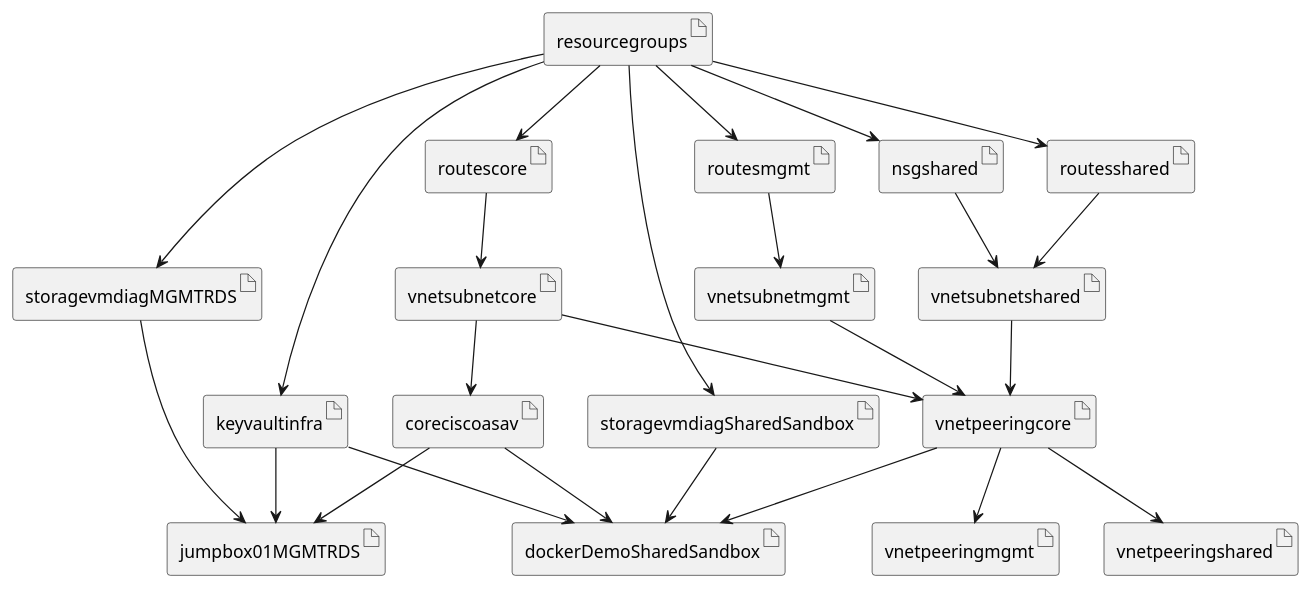
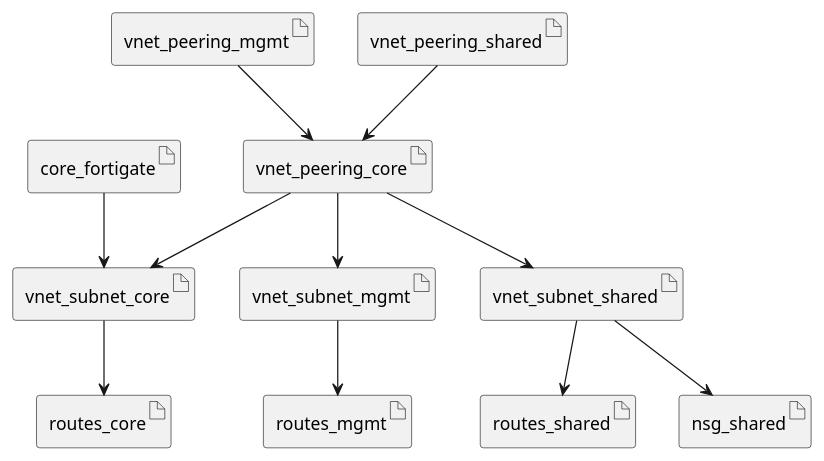
The diagram in Deployments/demov3/fortinet/demo-core-fortinet-1-firewall-nsg/diagram/dependsOn.puml (canada-ca/accelerators_accelerateurs-azure), drawn with PlantUML before and after one commit. The commit also changed 35 other files, not shown here.

Commit message:
Updating diagrams

```diff
--- a/Deployments/demov3/fortinet/demo-core-fortinet-1-firewall-nsg/diagram/dependsOn.puml
+++ b/Deployments/demov3/fortinet/demo-core-fortinet-1-firewall-nsg/diagram/dependsOn.puml
@@ -1,46 +1,26 @@
 @startuml
 
-artifact resourcegroups
-artifact keyvaultinfra
-artifact routescore
-artifact routesmgmt
-artifact routesshared
-artifact nsgshared
-artifact vnetsubnetcore
-artifact vnetsubnetmgmt
-artifact vnetsubnetshared
-artifact vnetpeeringcore
-artifact vnetpeeringmgmt
-artifact vnetpeeringshared
-artifact storagevmdiagMGMTRDS
-artifact storagevmdiagSharedSandbox
-artifact coreciscoasav
-artifact jumpbox01MGMTRDS
-artifact dockerDemoSharedSandbox
+artifact routes_core
+artifact routes_mgmt
+artifact routes_shared
+artifact nsg_shared
+artifact vnet_subnet_core
+artifact vnet_subnet_mgmt
+artifact vnet_subnet_shared
+artifact vnet_peering_core
+artifact vnet_peering_mgmt
+artifact vnet_peering_shared
+artifact core_fortigate
 
-resourcegroups --> keyvaultinfra
-resourcegroups --> routescore
-resourcegroups --> routesmgmt
-resourcegroups --> routesshared
-resourcegroups --> nsgshared
-resourcegroups --> storagevmdiagMGMTRDS
-resourcegroups --> storagevmdiagSharedSandbox
-routescore --> vnetsubnetcore
-routesmgmt --> vnetsubnetmgmt
-routesshared --> vnetsubnetshared
-nsgshared --> vnetsubnetshared
-vnetsubnetcore --> coreciscoasav
-vnetpeeringcore --> dockerDemoSharedSandbox
-vnetpeeringcore --> vnetpeeringmgmt
-vnetpeeringcore --> vnetpeeringshared
-vnetsubnetcore --> vnetpeeringcore
-vnetsubnetmgmt --> vnetpeeringcore
-vnetsubnetshared --> vnetpeeringcore
-storagevmdiagMGMTRDS --> jumpbox01MGMTRDS
-coreciscoasav --> jumpbox01MGMTRDS
-storagevmdiagSharedSandbox --> dockerDemoSharedSandbox
-coreciscoasav --> dockerDemoSharedSandbox
-keyvaultinfra --> jumpbox01MGMTRDS
-keyvaultinfra --> dockerDemoSharedSandbox
+vnet_subnet_core --> routes_core
+vnet_subnet_mgmt --> routes_mgmt
+vnet_subnet_shared --> routes_shared
+vnet_subnet_shared --> nsg_shared
+vnet_peering_core --> vnet_subnet_core
+vnet_peering_core --> vnet_subnet_mgmt
+vnet_peering_core --> vnet_subnet_shared
+vnet_peering_mgmt --> vnet_peering_core
+vnet_peering_shared --> vnet_peering_core
+core_fortigate --> vnet_subnet_core
 
 @enduml
```
